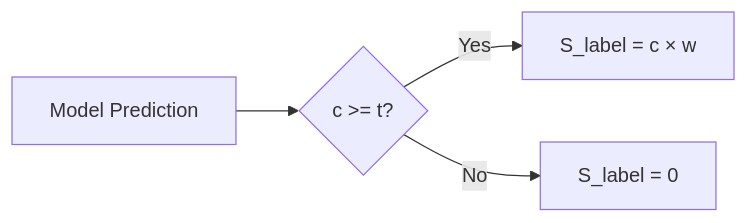
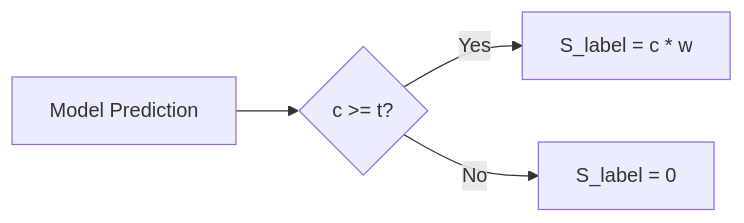
The second of 7 diagrams in libs/merc-engine/ALGO.md (aacebo/loom), drawn with Mermaid before and after one commit. The commit also changed other lines of this file and 5 other files, not shown here.

````diff
--- a/libs/merc-engine/ALGO.md
+++ b/libs/merc-engine/ALGO.md
@@ -85,6 +85,6 @@
 ```mermaid
 flowchart LR
     A[Model Prediction] --> B{c >= t?}
-    B -->|Yes| C["S_label = c × w"]
+    B -->|Yes| C["S_label = c * w"]
     B -->|No| D["S_label = 0"]
 ```
````
